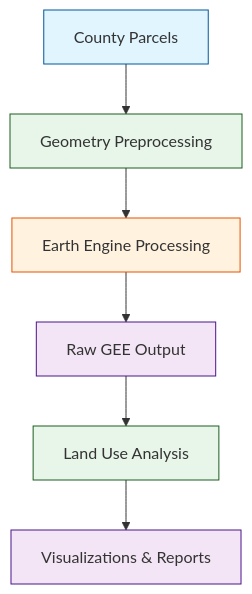
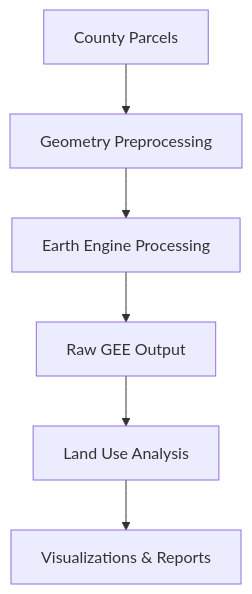
One commit to mihiarc/parcelpy changed the first of 4 diagrams in README.md. Above: the diagram before and after it, drawn with Mermaid. The commit also changed 4 other files, not shown here.

````diff
--- a/README.md
+++ b/README.md
@@ -7,15 +7,8 @@
 ```mermaid
 graph TD
     A[County Parcels] --> B[Geometry Preprocessing]
     B --> C[Earth Engine Processing]
     C --> D[Raw GEE Output]
     D --> E[Land Use Analysis]
     E --> F[Visualizations & Reports]
-
-    style A fill:#e1f5fe,stroke:#01579b
-    style B fill:#e8f5e9,stroke:#1b5e20
-    style C fill:#fff3e0,stroke:#e65100
-    style D fill:#f3e5f5,stroke:#4a148c
-    style E fill:#e8f5e9,stroke:#1b5e20
-    style F fill:#f3e5f5,stroke:#4a148c
 ```
````
